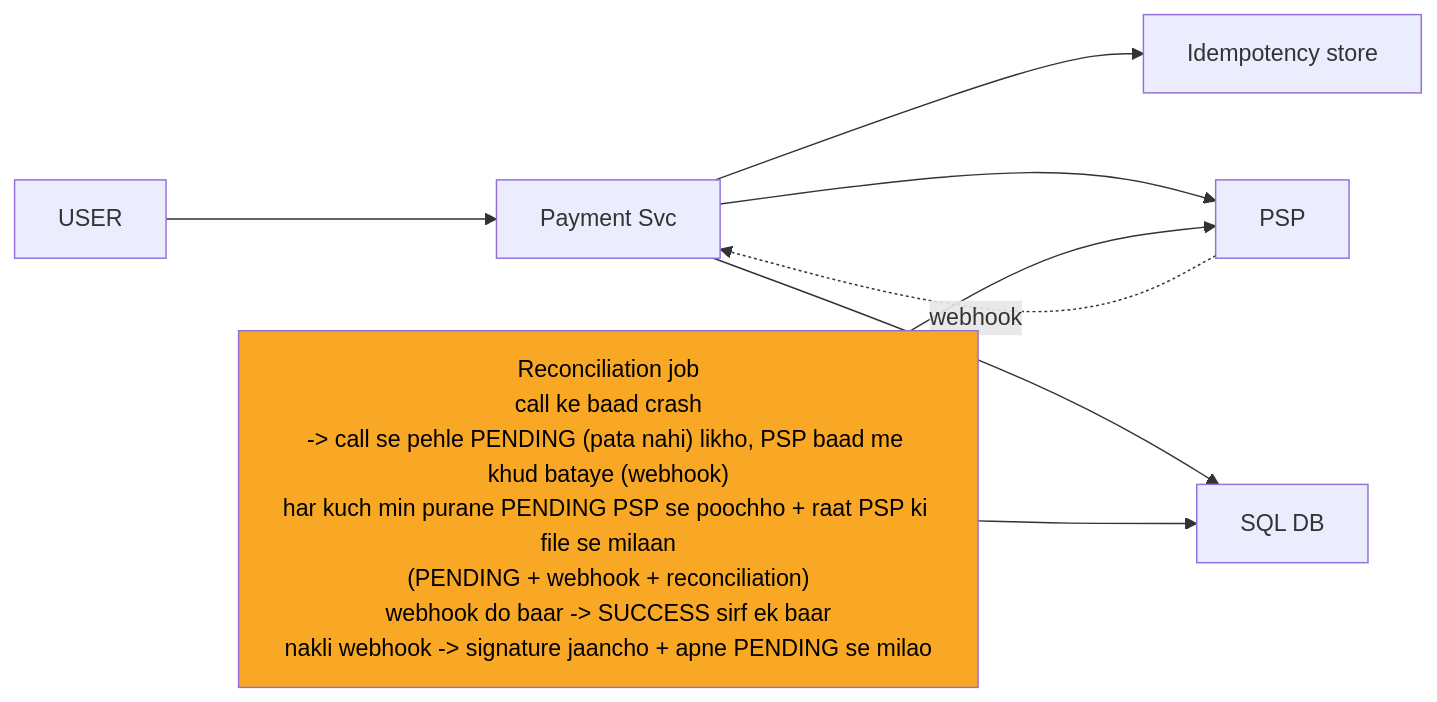
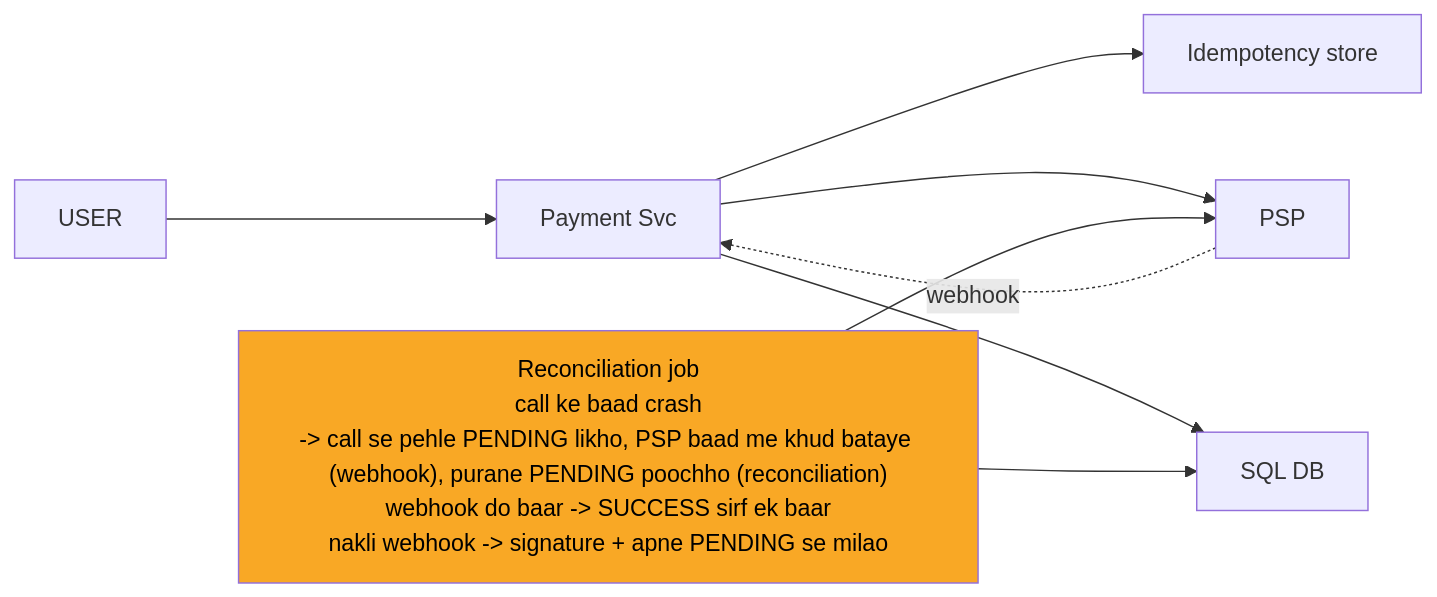
Before and after one commit to ArpanMaheshwari144/Prep: the diagram in 04_HLD/SYSTEM_DESIGNS/06_payment_system/img/c5.mmd, drawn with Mermaid. The commit also changed 42 other files, not shown here.

```diff
--- a/04_HLD/SYSTEM_DESIGNS/06_payment_system/img/c5.mmd
+++ b/04_HLD/SYSTEM_DESIGNS/06_payment_system/img/c5.mmd
@@ -1,16 +1,16 @@
 %%{init: {"flowchart": {"wrappingWidth": 450}}}%%
 flowchart LR
     n_USER["USER"]
     n_Payment_Svc["Payment Svc"]
     n_Idempotency_store["Idempotency store"]
     n_PSP["PSP"]
     n_DB["SQL DB"]
-    n_Reconciliation_job["Reconciliation job<br/>call ke baad crash<br/>-> call se pehle PENDING (pata nahi) likho, PSP baad me khud bataye (webhook)<br/>har kuch min purane PENDING PSP se poochho + raat PSP ki file se milaan<br/>(PENDING + webhook + reconciliation)<br/>webhook do baar -> SUCCESS sirf ek baar<br/>nakli webhook -> signature jaancho + apne PENDING se milao"]
+    n_Reconciliation_job["Reconciliation job<br/>call ke baad crash<br/>-> call se pehle PENDING likho, PSP baad me khud bataye (webhook), purane PENDING poochho (reconciliation)<br/>webhook do baar -> SUCCESS sirf ek baar<br/>nakli webhook -> signature + apne PENDING se milao"]
     n_USER --> n_Payment_Svc
     n_Payment_Svc --> n_Idempotency_store
     n_Payment_Svc --> n_PSP
     n_Payment_Svc --> n_DB
     n_Reconciliation_job --> n_DB
     n_Reconciliation_job --> n_PSP
     n_PSP -.->|webhook| n_Payment_Svc
     style n_Reconciliation_job fill:#f9a825,color:#000
```
